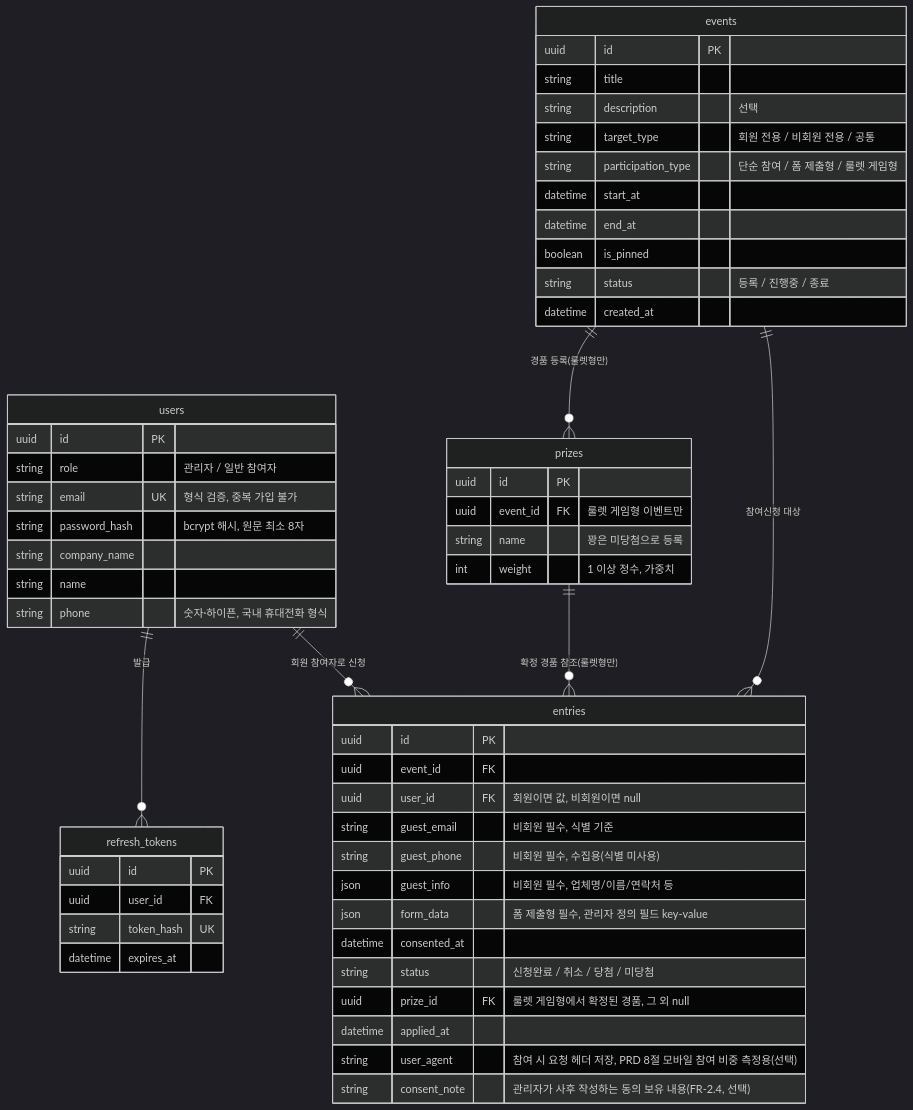
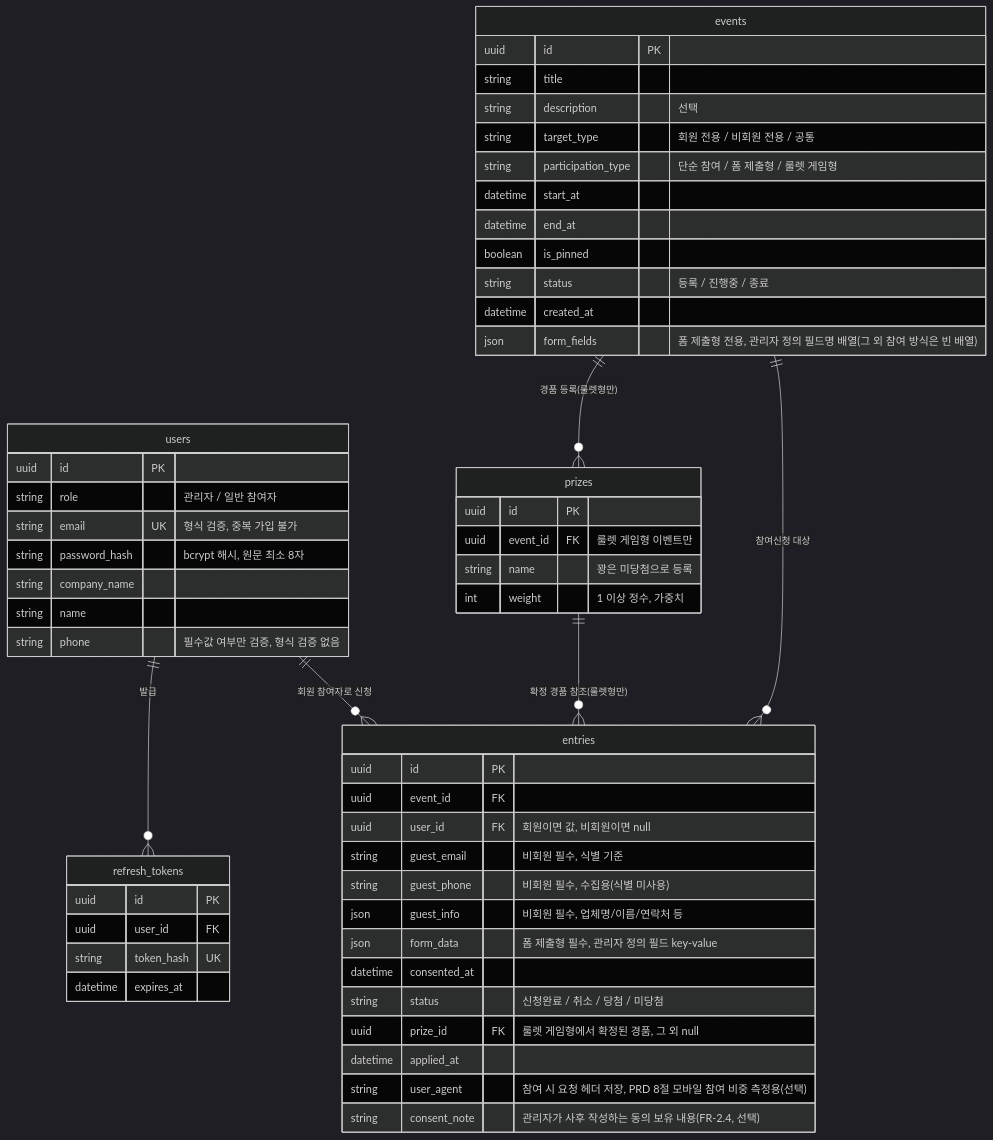
The diagram in docs/8-erd.md (H-Lee-plan/b2b-promo), drawn with Mermaid (dark theme) before and after one commit. The commit also changed other lines of this file and 109 other files, not shown here.

````diff
--- a/docs/8-erd.md
+++ b/docs/8-erd.md
@@ -14,61 +15,62 @@
 ```mermaid
 erDiagram
     users ||--o{ entries : "회원 참여자로 신청"
     users ||--o{ refresh_tokens : "발급"
     events ||--o{ entries : "참여신청 대상"
     events ||--o{ prizes : "경품 등록(룰렛형만)"
     prizes ||--o{ entries : "확정 경품 참조(룰렛형만)"
 
     users {
         uuid id PK
         string role "관리자 / 일반 참여자"
         string email UK "형식 검증, 중복 가입 불가"
         string password_hash "bcrypt 해시, 원문 최소 8자"
         string company_name
         string name
-        string phone "숫자·하이픈, 국내 휴대전화 형식"
+        string phone "필수값 여부만 검증, 형식 검증 없음"
     }
 
     events {
         uuid id PK
         string title
         string description "선택"
         string target_type "회원 전용 / 비회원 전용 / 공통"
         string participation_type "단순 참여 / 폼 제출형 / 룰렛 게임형"
         datetime start_at
         datetime end_at
         boolean is_pinned
         string status "등록 / 진행중 / 종료"
         datetime created_at
+        json form_fields "폼 제출형 전용, 관리자 정의 필드명 배열(그 외 참여 방식은 빈 배열)"
     }
 
     prizes {
         uuid id PK
         uuid event_id FK "룰렛 게임형 이벤트만"
         string name "꽝은 미당첨으로 등록"
         int weight "1 이상 정수, 가중치"
     }
 
     entries {
         uuid id PK
         uuid event_id FK
         uuid user_id FK "회원이면 값, 비회원이면 null"
         string guest_email "비회원 필수, 식별 기준"
         string guest_phone "비회원 필수, 수집용(식별 미사용)"
         json guest_info "비회원 필수, 업체명/이름/연락처 등"
         json form_data "폼 제출형 필수, 관리자 정의 필드 key-value"
         datetime consented_at
         string status "신청완료 / 취소 / 당첨 / 미당첨"
         uuid prize_id FK "룰렛 게임형에서 확정된 경품, 그 외 null"
         datetime applied_at
         string user_agent "참여 시 요청 헤더 저장, PRD 8절 모바일 참여 비중 측정용(선택)"
         string consent_note "관리자가 사후 작성하는 동의 보유 내용(FR-2.4, 선택)"
     }
 
     refresh_tokens {
         uuid id PK
         uuid user_id FK
         string token_hash UK
         datetime expires_at
     }
 ```
````
